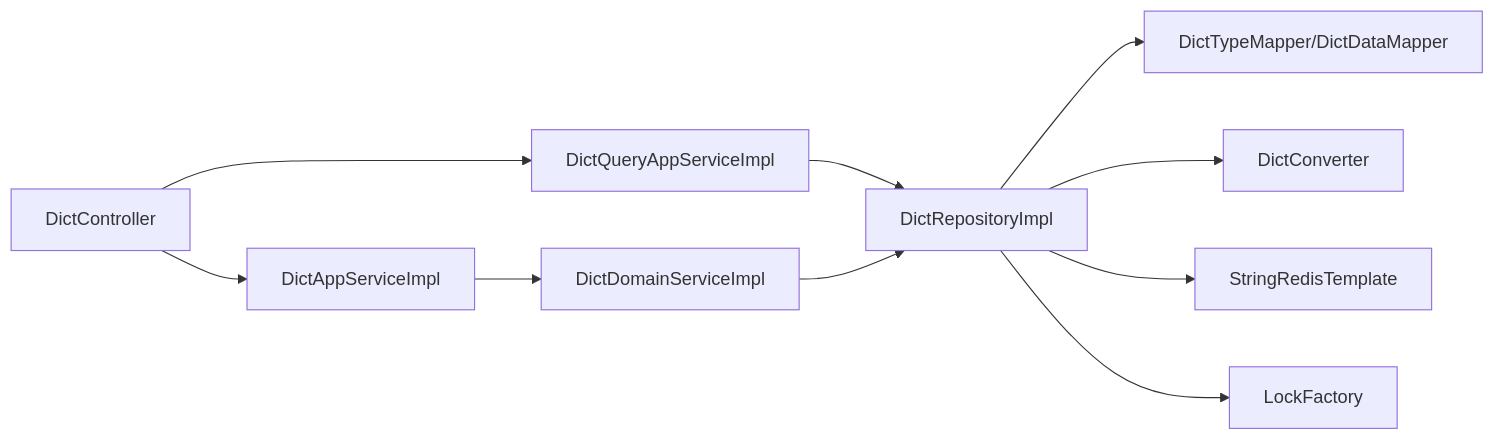
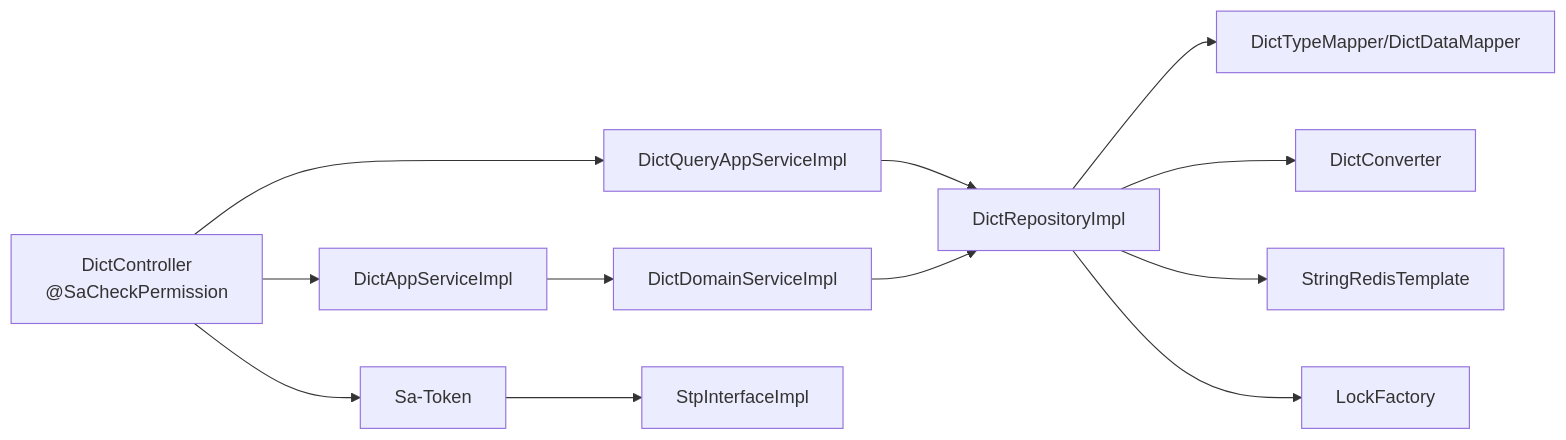
The fifth of 6 diagrams in .qoder/repowiki/zh/content/核心业务模块/字典管理模块.md (sunnaoxixi/spring-ddd-template), drawn with Mermaid before and after one commit. The commit also changed other lines of this file and 91 other files, not shown here.

````diff
--- a/.qoder/repowiki/zh/content/核心业务模块/字典管理模块.md
+++ b/.qoder/repowiki/zh/content/核心业务模块/字典管理模块.md
@@ -256,12 +286,14 @@
 ```mermaid
 graph LR
-Ctrl["DictController"] --> AppW["DictAppServiceImpl"]
+Ctrl["DictController<br/>@SaCheckPermission"] --> AppW["DictAppServiceImpl"]
 Ctrl --> AppQ["DictQueryAppServiceImpl"]
+Ctrl --> Auth["Sa-Token"]
 AppW --> Dom["DictDomainServiceImpl"]
 AppQ --> Repo["DictRepositoryImpl"]
 Dom --> Repo
 Repo --> Mapper["DictTypeMapper/DictDataMapper"]
 Repo --> Conv["DictConverter"]
 Repo --> Redis["StringRedisTemplate"]
 Repo --> Lock["LockFactory"]
+Auth --> Stp["StpInterfaceImpl"]
 ```
````
